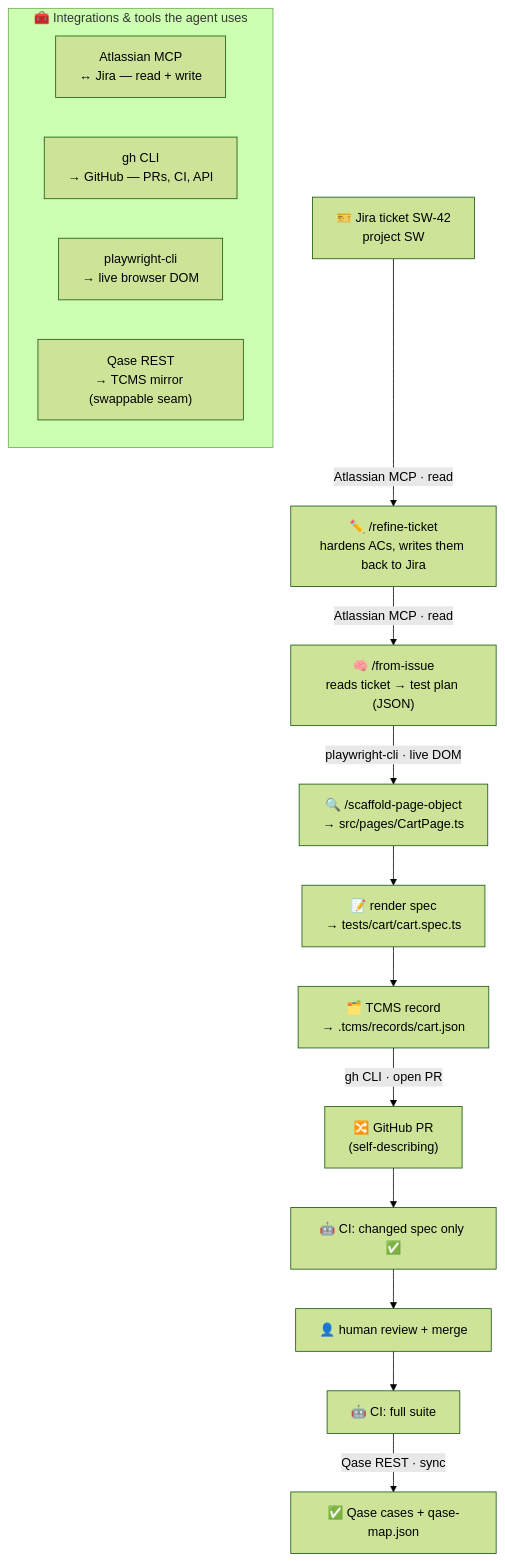
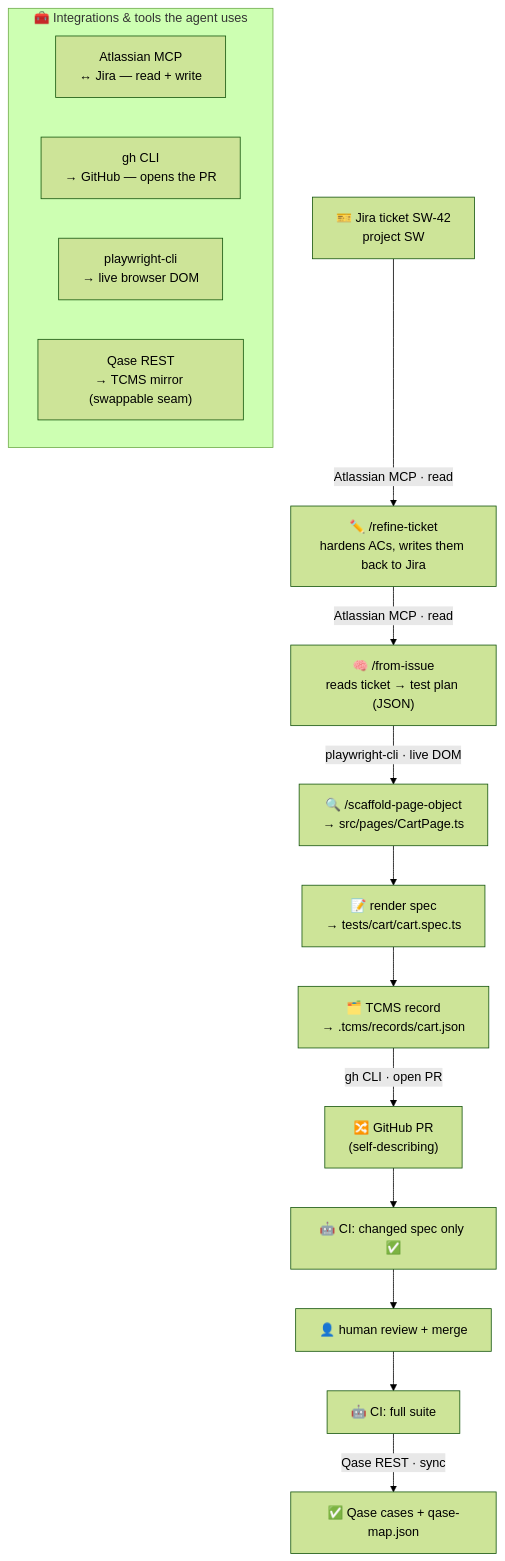
The diagram in docs/walkthrough.md (Diegocortes15/playwright-ia-automation-framework-saucedemo), drawn with Mermaid (forest theme) before and after one commit.

Commit message:
docs(walkthrough): scope gh CLI to "opens the PR" in the diagram legend
In the /from-issue flow gh only opens the PR — the CI runs are triggered
automatically by GitHub Actions, not by gh. The broader "PRs, runs, API"
description stays in the README's Integrations section.

````diff
--- a/docs/walkthrough.md
+++ b/docs/walkthrough.md
@@ -15,22 +15,22 @@
 ```mermaid
 flowchart TD
     T["🎫 Jira ticket SW-42<br/>project SW"]
     T -->|"Atlassian MCP · read"| RT["✏️ /refine-ticket<br/>hardens ACs, writes them back to Jira"]
     RT -->|"Atlassian MCP · read"| FI["🧠 /from-issue<br/>reads ticket → test plan (JSON)"]
     FI -->|"playwright-cli · live DOM"| SPO["🔍 /scaffold-page-object<br/>→ src/pages/CartPage.ts"]
     SPO --> R["📝 render spec<br/>→ tests/cart/cart.spec.ts"]
     R --> REC["🗂️ TCMS record<br/>→ .tcms/records/cart.json"]
     REC -->|"gh CLI · open PR"| PR["🔀 GitHub PR<br/>(self-describing)"]
     PR --> CI1["🤖 CI: changed spec only ✅"]
     CI1 --> H["👤 human review + merge"]
     H --> CI2["🤖 CI: full suite"]
     CI2 -->|"Qase REST · sync"| Q["✅ Qase cases + qase-map.json"]
 
     subgraph TOOLS["🧰 Integrations &amp; tools the agent uses"]
         direction LR
         TA["Atlassian MCP<br/>↔ Jira — read + write"]
-        TG["gh CLI<br/>→ GitHub — PRs, CI, API"]
+        TG["gh CLI<br/>→ GitHub — opens the PR"]
         TP["playwright-cli<br/>→ live browser DOM"]
         TQ["Qase REST<br/>→ TCMS mirror (swappable seam)"]
     end
 ```
````
